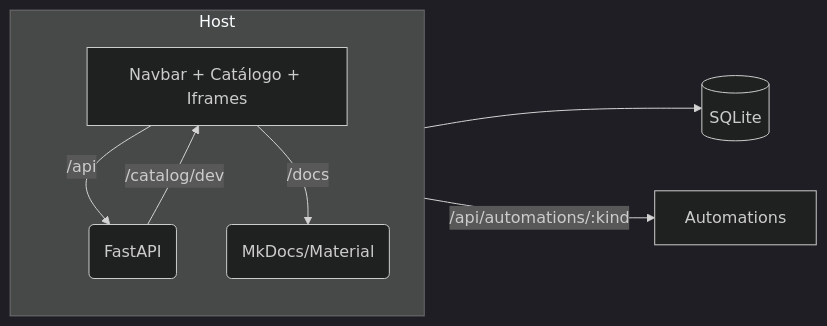
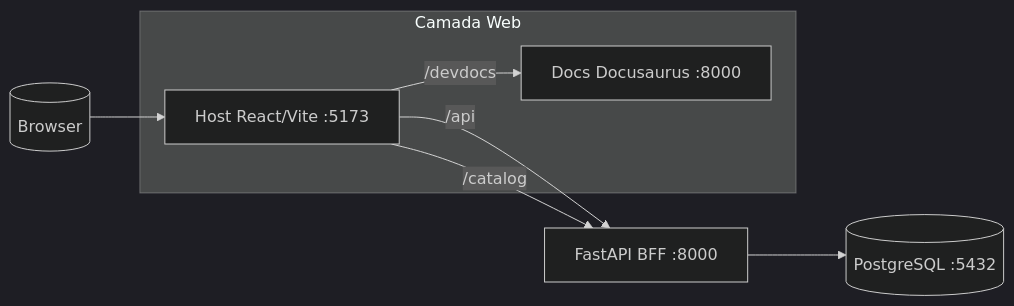
The diagram in apps/docs-site/docs/01-visão-geral-e-arquitetura/02-diagrama-alto-nível-host-react-vite-bff-fastapi-docs-proxy-sqlite.md (oBaldon/portal-agepar), drawn with Mermaid (dark theme) before and after one commit. The commit also changed other lines of this file and 37 other files, not shown here.

````diff
--- a/apps/docs-site/docs/01-visão-geral-e-arquitetura/02-diagrama-alto-nível-host-react-vite-bff-fastapi-docs-proxy-sqlite.md
+++ b/apps/docs-site/docs/01-visão-geral-e-arquitetura/02-diagrama-alto-nível-host-react-vite-bff-fastapi-docs-proxy-sqlite.md
@@ -11,18 +12,16 @@
 ```mermaid
 flowchart LR
-  subgraph Host
-    direction TB
-    UI[Navbar + Catálogo + Iframes]
-    UI -->|/api| BFF
-    UI -->|/docs| DOCS
+  Browser[(Browser)]
+  subgraph Front["Camada Web"]
+    Host["Host React/Vite :5173"]
+    Docs["Docs Docusaurus :8000"]
   end
+  BFF["FastAPI BFF :8000"]
+  PG[(PostgreSQL :5432)]
 
-  BFF(FastAPI)
-  DOCS(MkDocs/Material)
-  DB[(SQLite)]
-  AUTO[Automations]
-
-  BFF --> DB
-  BFF -->|/catalog/dev| UI
-  BFF -->|/api/automations/:kind| AUTO
+  Browser --> Host
+  Host -->|/api| BFF
+  Host -->|/catalog| BFF
+  Host -->|/devdocs| Docs
+  BFF --> PG
 ```
````
